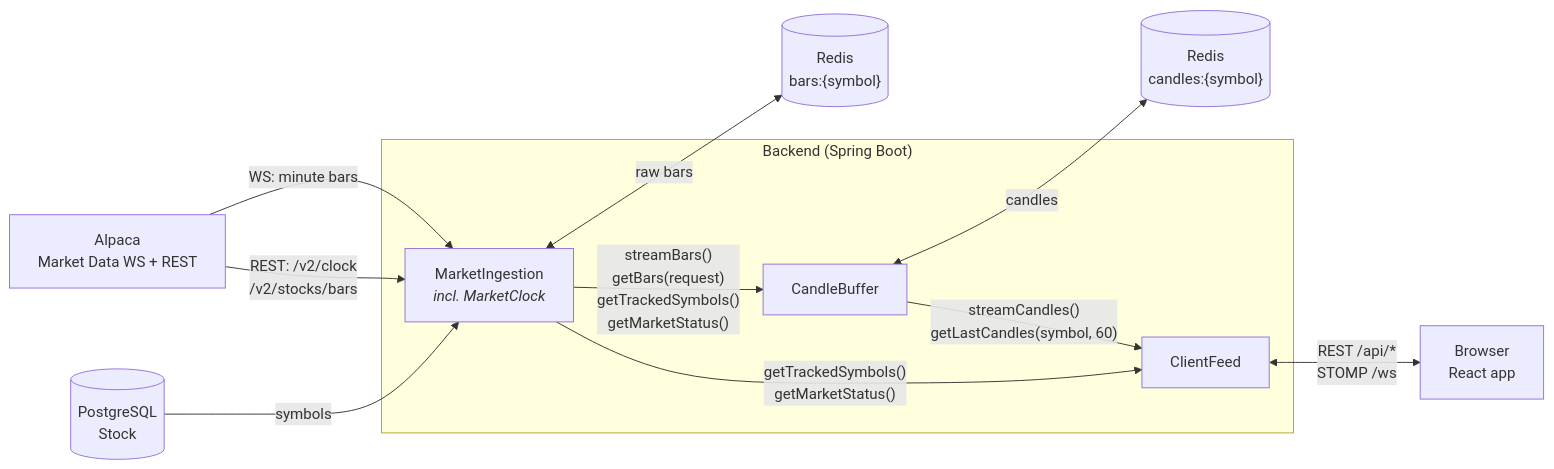
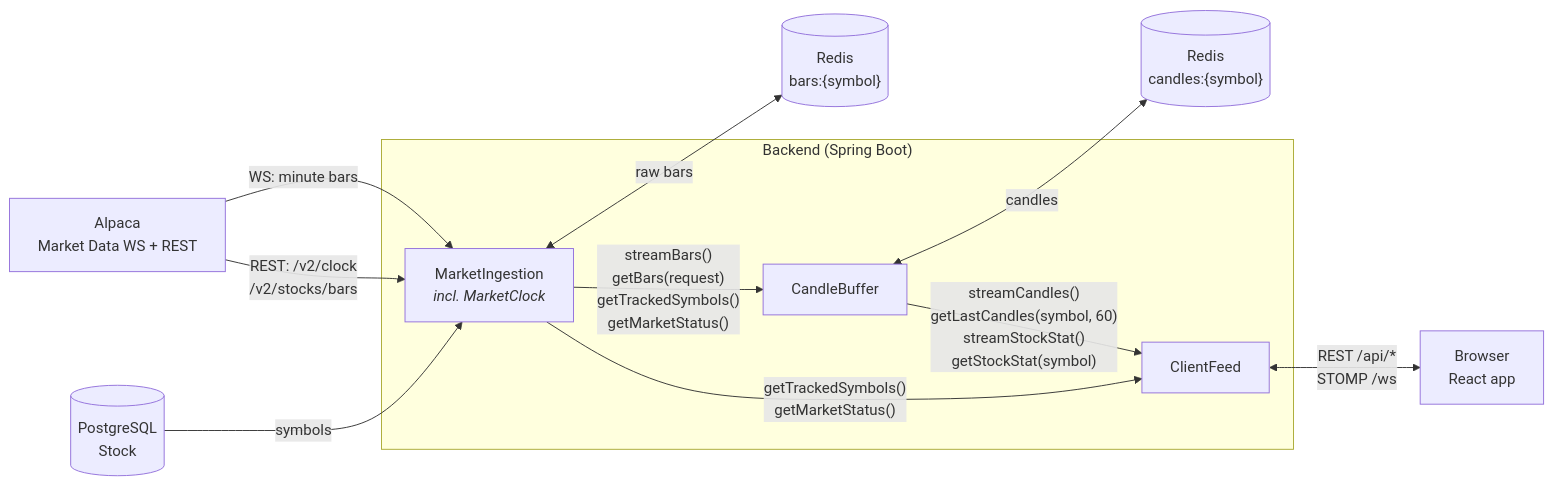
The first of 2 diagrams in docs/modular-architecture.md (Gugau21/OMAN_finance), drawn with Mermaid before and after one commit. The commit also changed other lines of this file and 1 other file, not shown here.

First line of the commit message:
[#1] Fix modular architecture and add CONTRIBUTING.md

````diff
--- a/docs/modular-architecture.md
+++ b/docs/modular-architecture.md
@@ -7,25 +7,25 @@
 ```mermaid
 flowchart LR
     alpaca["Alpaca<br/>Market Data WS + REST"]
     browser["Browser<br/>React app"]
     pg[("PostgreSQL<br/>Stock")]
     redisBars[("Redis<br/>bars:{symbol}")]
     redisCandles[("Redis<br/>candles:{symbol}")]
 
     subgraph backend["Backend (Spring Boot)"]
         ingestion["MarketIngestion<br/><i>incl. MarketClock</i>"]
         buffer["CandleBuffer"]
         feed["ClientFeed"]
     end
 
     alpaca -->|"WS: minute bars"| ingestion
     alpaca -->|"REST: /v2/clock<br/>/v2/stocks/bars"| ingestion
     pg -->|"symbols"| ingestion
     ingestion <-->|"raw bars"| redisBars
 
     ingestion -->|"streamBars()<br/>getBars(request)<br/>getTrackedSymbols()<br/>getMarketStatus()"| buffer
     buffer <-->|"candles"| redisCandles
-    buffer -->|"streamCandles()<br/>getLastCandles(symbol, 60)"| feed
+    buffer -->|"streamCandles()<br/>getLastCandles(symbol, 60)<br/>streamStockStat()<br/>getStockStat(symbol)"| feed
     ingestion -->|"getTrackedSymbols()<br/>getMarketStatus()"| feed
     feed <-->|"REST /api/*<br/>STOMP /ws"| browser
 ```
````
